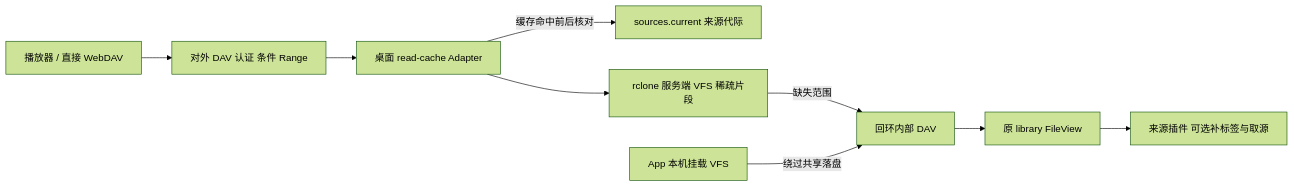
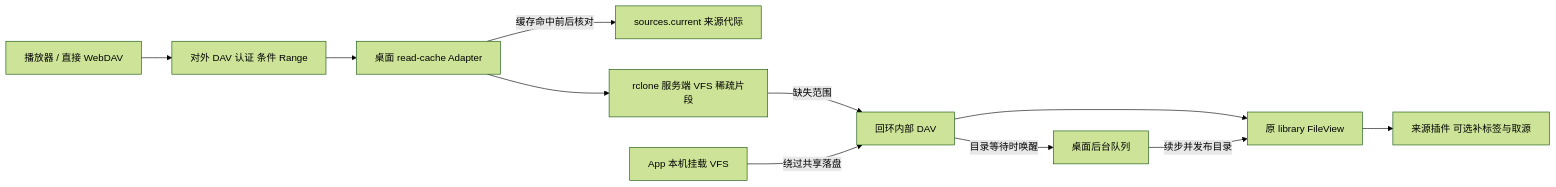
Before and after one commit to shengyusi-SYS/musicfs: the diagram in docs/architecture/shared-read-cache.md, drawn with Mermaid (forest theme). The commit also changed other lines of this file and 8 other files, not shown here.

````diff
--- a/docs/architecture/shared-read-cache.md
+++ b/docs/architecture/shared-read-cache.md
@@ -7,11 +7,13 @@
 ```mermaid
 flowchart LR
   Direct[播放器 / 直接 WebDAV] --> DAV[对外 DAV 认证 条件 Range]
   DAV --> Shared[桌面 read-cache Adapter]
   Shared -->|缓存命中前后核对| Current[sources.current 来源代际]
   Shared --> VFS[rclone 服务端 VFS 稀疏片段]
   VFS -->|缺失范围| Private[回环内部 DAV]
   App[App 本机挂载 VFS] -->|绕过共享落盘| Private
   Private --> Library[原 library FileView]
+  Private -->|目录等待时唤醒| Runner[桌面后台队列]
+  Runner -->|续步并发布目录| Library
   Library --> Plugin[来源插件 可选补标签与取源]
 ```
````
